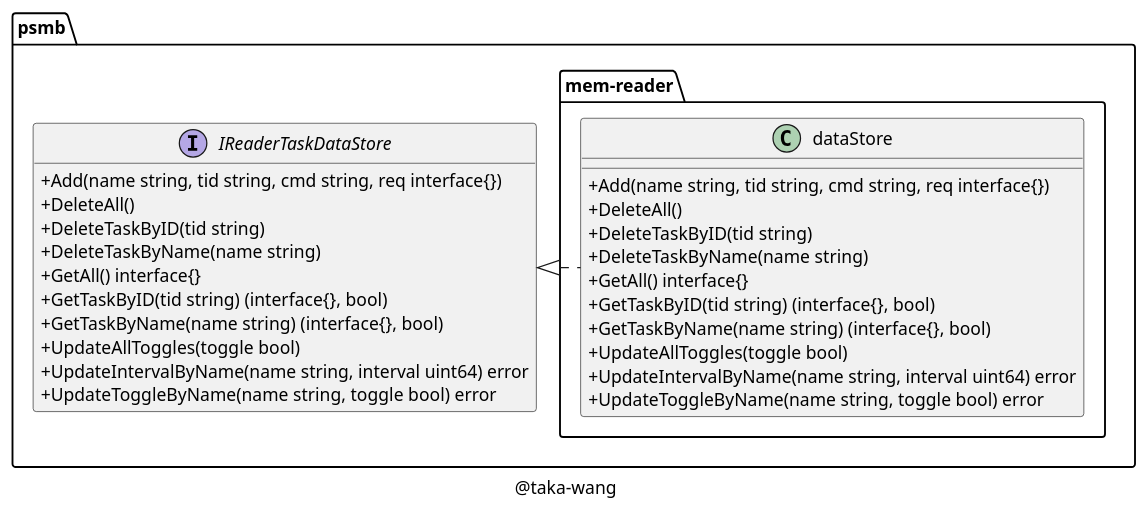
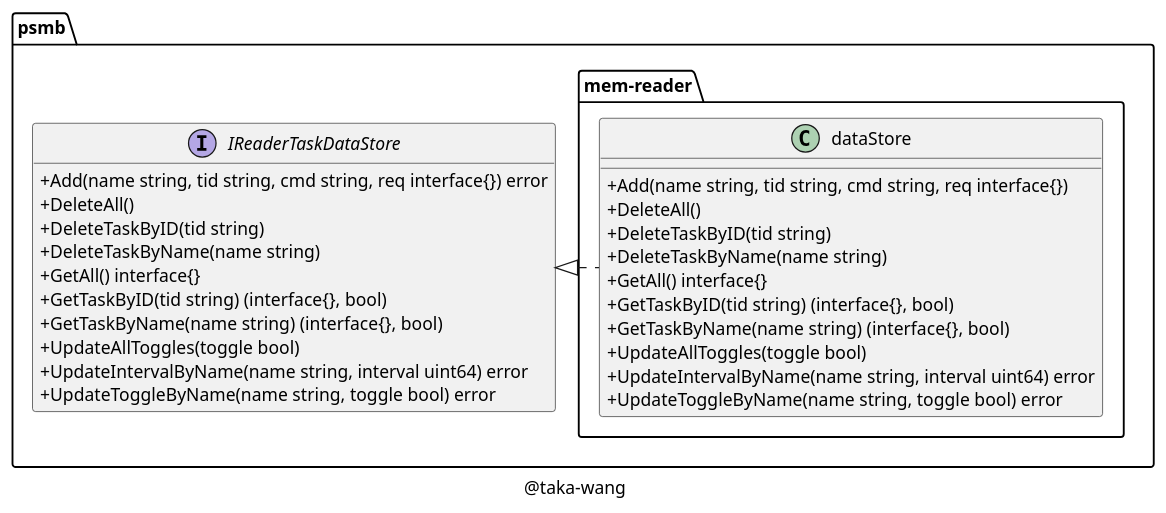
The diagram in class/mem-reader.puml (taka-wang/puml), drawn with PlantUML before and after one commit. The commit also changed 3 other files, not shown here.

```diff
--- a/class/mem-reader.puml
+++ b/class/mem-reader.puml
@@ -1,39 +1,39 @@
 @startuml
 
 set namespaceSeparator /
 
 skinparam classAttributeIconSize 0
 
 class psmb/mem-reader/dataStore {
     +Add(name string, tid string, cmd string, req interface{})
     +DeleteAll()
     +DeleteTaskByID(tid string)
     +DeleteTaskByName(name string)
     +GetAll() interface{}
     +GetTaskByID(tid string) (interface{}, bool)
     +GetTaskByName(name string) (interface{}, bool)
     +UpdateAllToggles(toggle bool)
     +UpdateIntervalByName(name string, interval uint64) error
     +UpdateToggleByName(name string, toggle bool) error
 }
 
 interface psmb/IReaderTaskDataStore {
-    +Add(name string, tid string, cmd string, req interface{})
+    +Add(name string, tid string, cmd string, req interface{}) error
     +DeleteAll()
     +DeleteTaskByID(tid string)
     +DeleteTaskByName(name string)
     +GetAll() interface{}
     +GetTaskByID(tid string) (interface{}, bool)
     +GetTaskByName(name string) (interface{}, bool)
     +UpdateAllToggles(toggle bool)
     +UpdateIntervalByName(name string, interval uint64) error
     +UpdateToggleByName(name string, toggle bool) error
 }
 
 "psmb/IReaderTaskDataStore" <|. "psmb/mem-reader/dataStore"
 
 caption @taka-wang
 
 hide interface fields
 
 @enduml
```
